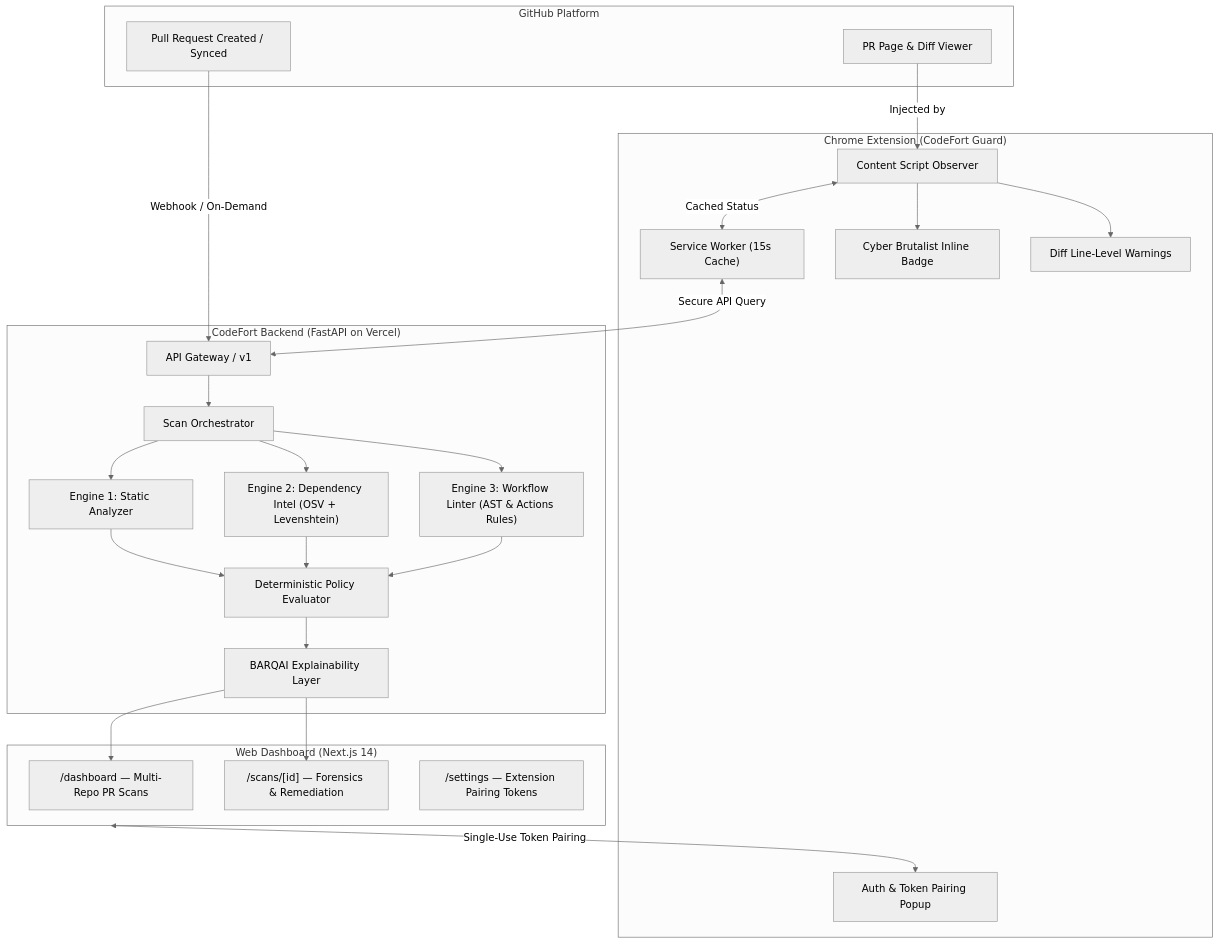
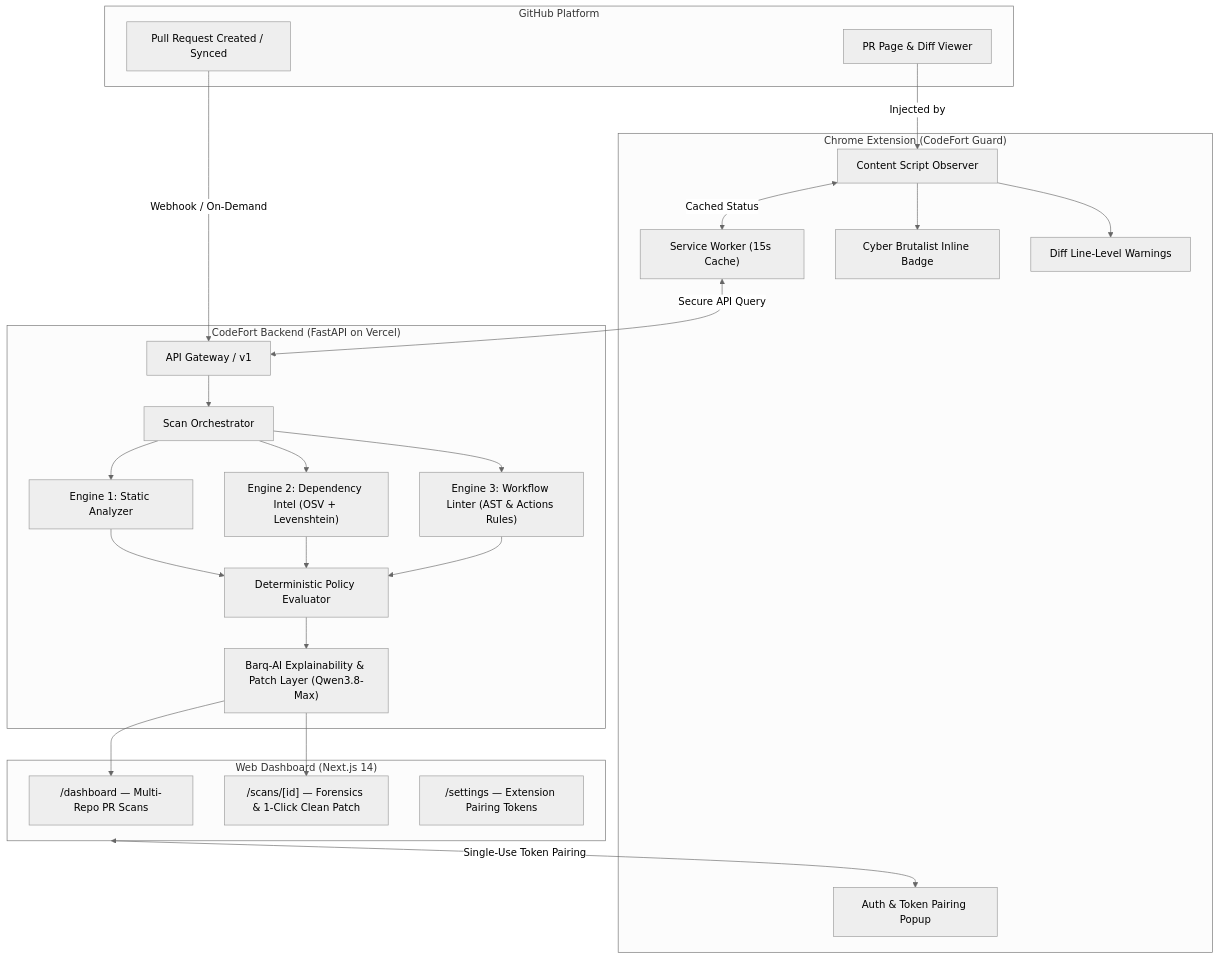
One commit to codefort-sec/codefort changed the diagram in README.md. Above: the diagram before and after it, drawn with Mermaid (neutral theme). The commit also changed other lines of this file and 21 other files, not shown here.

Commit message:
feat(ai): integrate Barq-AI powered by Qwen3.8-Max MoE with 4D benchmark, clean patch synthesis, and self-healing JSON engine

````diff
--- a/README.md
+++ b/README.md
@@ -39,46 +94,46 @@
 ```mermaid
 flowchart TD
     subgraph GitHub["GitHub Platform"]
         PR["Pull Request Created / Synced"]
         DOM["PR Page & Diff Viewer"]
     end
 
     subgraph Chrome["Chrome Extension (CodeFort Guard)"]
         SW["Service Worker (15s Cache)"]
         CS["Content Script Observer"]
         Badge["Cyber Brutalist Inline Badge"]
         LineWarn["Diff Line-Level Warnings"]
         Popup["Auth & Token Pairing Popup"]
     end
 
     subgraph Cloud["CodeFort Backend (FastAPI on Vercel)"]
         Router["API Gateway / v1"]
         Orch["Scan Orchestrator"]
         SE1["Engine 1: Static Analyzer"]
         SE2["Engine 2: Dependency Intel (OSV + Levenshtein)"]
         SE3["Engine 3: Workflow Linter (AST & Actions Rules)"]
         Pol["Deterministic Policy Evaluator"]
-        BARQ["BARQAI Explainability Layer"]
+        BARQ["Barq-AI Explainability & Patch Layer (Qwen3.8-Max)"]
     end
 
     subgraph Web["Web Dashboard (Next.js 14)"]
         Dash["/dashboard — Multi-Repo PR Scans"]
-        Foren["/scans/[id] — Forensics & Remediation"]
+        Foren["/scans/[id] — Forensics & 1-Click Clean Patch"]
         Sett["/settings — Extension Pairing Tokens"]
     end
 
     PR -->|Webhook / On-Demand| Router
     DOM -->|Injected by| CS
     CS <-->|Cached Status| SW
     SW <-->|Secure API Query| Router
     CS --> Badge
     CS --> LineWarn
 
     Router --> Orch
     Orch --> SE1 & SE2 & SE3
     SE1 & SE2 & SE3 --> Pol
     Pol --> BARQ
     BARQ --> Dash & Foren
 
     Web <-->|Single-Use Token Pairing| Popup
 ```
````
